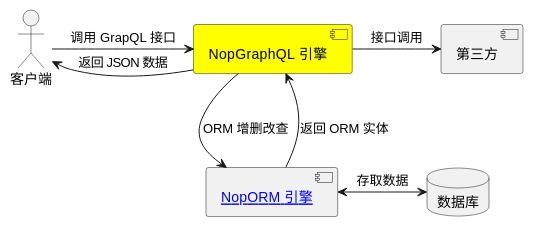
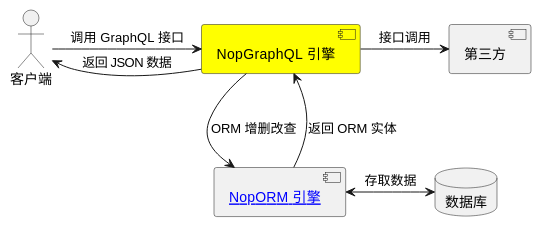
One commit to crazydan-studio/nop.crazydan.io changed the first of 10 diagrams in docs/400.implement/400.component/100.graphql.md. Above: the diagram before and after it, drawn with PlantUML. The commit also changed other lines of this file, not shown here.

````diff
--- a/docs/400.implement/400.component/100.graphql.md
+++ b/docs/400.implement/400.component/100.graphql.md
@@ -25,18 +25,18 @@
 ```plantuml
 actor "客户端" as client
 database "数据库" as db
 
 component "NopGraphQL 引擎" as graphql #yellow
 component "[[./orm NopORM 引擎]]" as orm
 component "第三方" as other
 
-client -right-> graphql: 调用 GrapQL 接口
+client -right-> graphql: 调用 GraphQL 接口
 
 graphql -right-> other: 接口调用
 graphql -down-> orm: ORM 增删改查
 
 orm <-right-> db: 存取数据
 
 graphql -> client: 返回 JSON 数据
 orm -> graphql: 返回 ORM 实体
 ```
````
